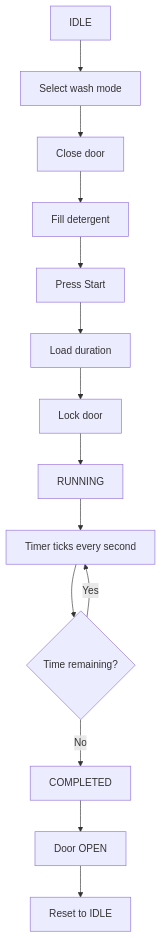
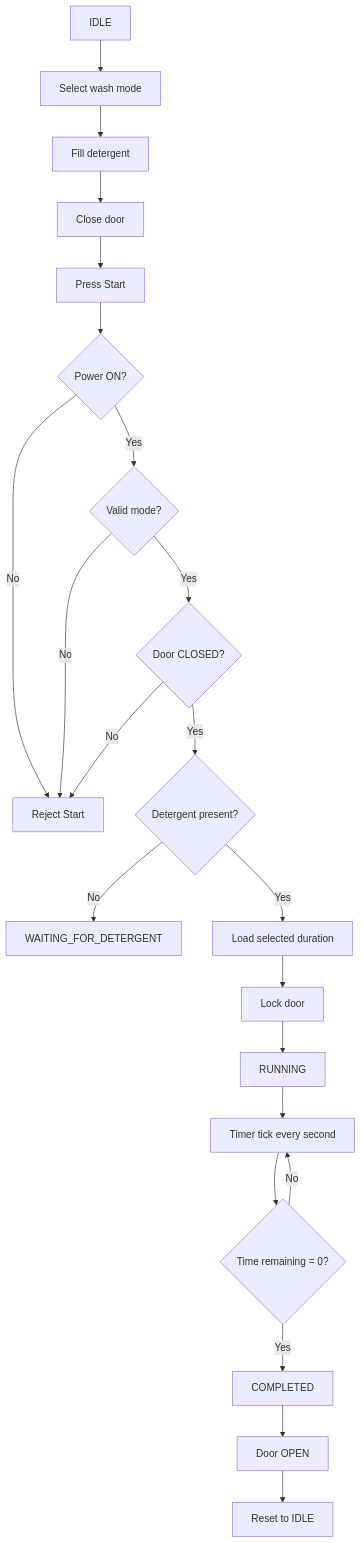
The tenth of 13 diagrams in README.md (BMMADHUMITHA/weighted_rr), drawn with Mermaid before and after one commit. The commit also changed other lines of this file, not shown here.

````diff
--- a/README.md
+++ b/README.md
@@ -651,16 +857,24 @@
 ``` mermaid
 flowchart TD
     A[IDLE] --> B[Select wash mode]
-    B --> C[Close door]
-    C --> D[Fill detergent]
+    B --> C[Fill detergent]
+    C --> D[Close door]
     D --> E[Press Start]
-    E --> F[Load duration]
-    F --> G[Lock door]
-    G --> H[RUNNING]
-    H --> I[Timer ticks every second]
-    I --> J{Time remaining?}
-    J -- Yes --> I
-    J -- No --> K[COMPLETED]
-    K --> L[Door OPEN]
-    L --> M[Reset to IDLE]
+    E --> F{Power ON?}
+    F -- No --> X[Reject Start]
+    F -- Yes --> G{Valid mode?}
+    G -- No --> X
+    G -- Yes --> H{Door CLOSED?}
+    H -- No --> X
+    H -- Yes --> I{Detergent present?}
+    I -- No --> J[WAITING_FOR_DETERGENT]
+    I -- Yes --> K[Load selected duration]
+    K --> L[Lock door]
+    L --> M[RUNNING]
+    M --> N[Timer tick every second]
+    N --> O{Time remaining = 0?}
+    O -- No --> N
+    O -- Yes --> P[COMPLETED]
+    P --> Q[Door OPEN]
+    Q --> R[Reset to IDLE]
 ```
````
